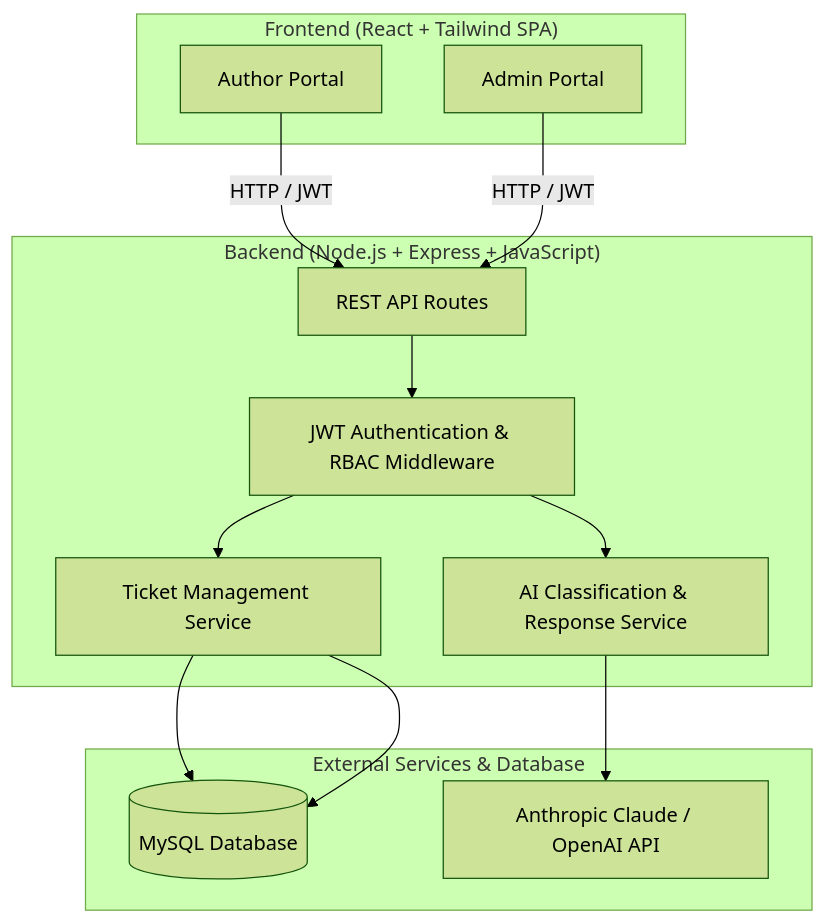
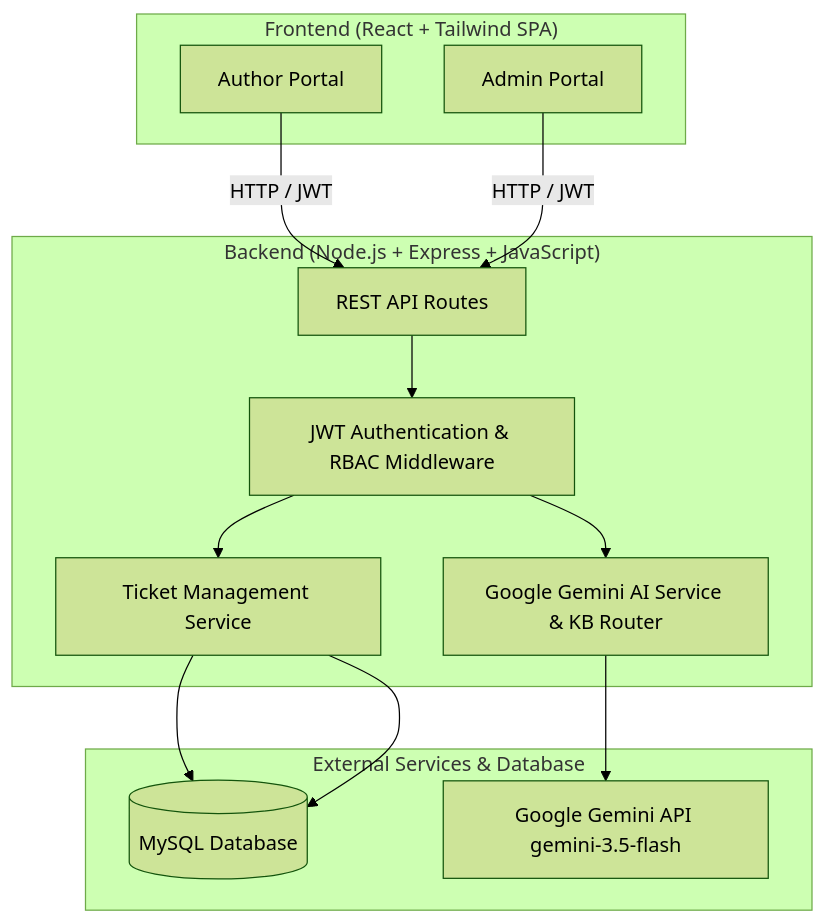
Before and after one commit to LalitSourav/BookLeaf-Author-Support-and-Communication-Portal: the diagram in docs/ARCHITECTURE.md, drawn with Mermaid (forest theme). The commit also changed other lines of this file and 1 other file, not shown here.

Commit message:
docs: update project architecture and engineering decisions

````diff
--- a/docs/ARCHITECTURE.md
+++ b/docs/ARCHITECTURE.md
@@ -15,28 +15,28 @@
 ```mermaid
 graph TD
     subgraph Client ["Frontend (React + Tailwind SPA)"]
         AP[Author Portal]
         AdP[Admin Portal]
     end
 
     subgraph Server ["Backend (Node.js + Express + JavaScript)"]
         API[REST API Routes]
         Auth[JWT Authentication & RBAC Middleware]
         TicketSvc[Ticket Management Service]
-        AISvc[AI Classification & Response Service]
+        AISvc[Google Gemini AI Service & KB Router]
     end
 
     subgraph External ["External Services & Database"]
         DB[(MySQL Database)]
-        LLM[Anthropic Claude / OpenAI API]
+        Gemini[Google Gemini API gemini-3.5-flash]
     end
 
     AP -->|HTTP / JWT| API
     AdP -->|HTTP / JWT| API
     API --> Auth
     Auth --> TicketSvc
     Auth --> AISvc
     TicketSvc --> DB
-    AISvc --> LLM
+    AISvc --> Gemini
     TicketSvc --> DB
 ```
````
